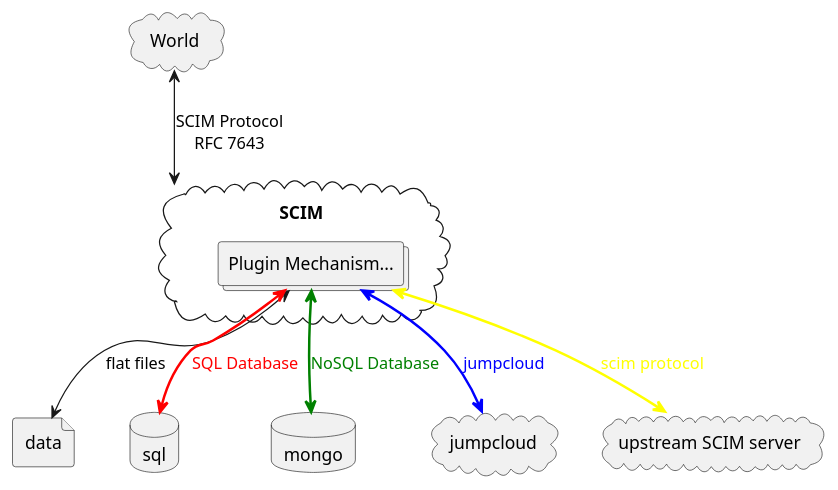
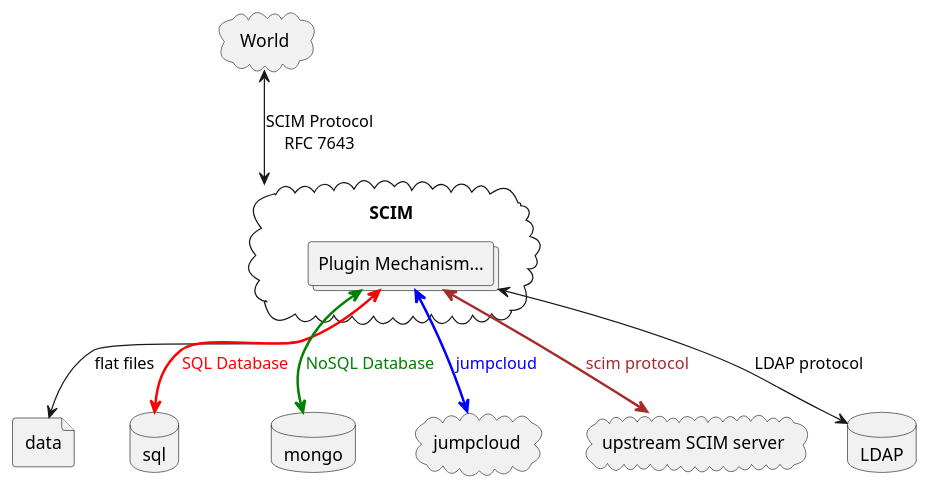
Before and after one commit to HarryKodden/scim: the diagram in data.iuml, drawn with PlantUML. The commit also changed 1 other file, not shown here.

```diff
--- a/data.iuml
+++ b/data.iuml
@@ -2,21 +2,23 @@
 @startuml
 cloud World
 
 cloud SCIM {
   collections plugin as "Plugin Mechanism..."
 }
 
 World <--> SCIM: SCIM Protocol\nRFC 7643
 
 file data
 database sql
 database mongo
 cloud jumpcloud
 cloud scim as "upstream SCIM server"
+database ldap as "LDAP"
 
 plugin <--> data : flat files
 plugin <--> sql #line:red;line.bold;text:red : SQL Database
 plugin <--> mongo #green;line.bold;text:green : NoSQL Database
 plugin <--> jumpcloud #blue;line.bold;text:blue : jumpcloud
-plugin <--> scim #yellow;line.bold;text:yellow : scim protocol
+plugin <--> scim #brown;line.bold;text:brown : scim protocol
+plugin <--> ldap : LDAP protocol
 @enduml
```
